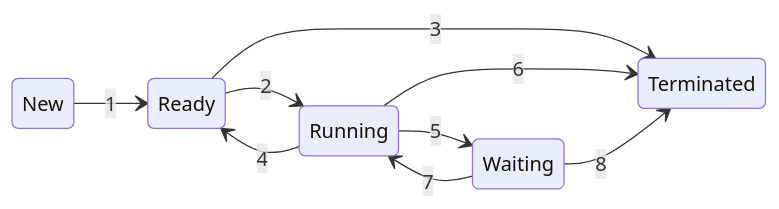
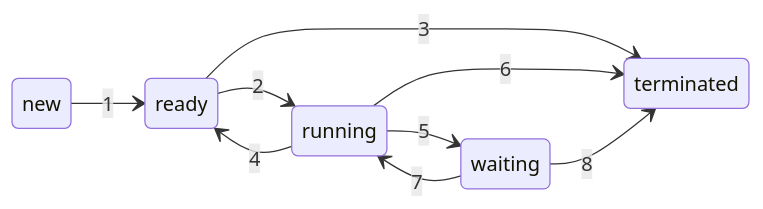
The diagram in content/Processi di un Sistema Operativo.md (Rexus752/digital-garden), drawn with Mermaid before and after one commit. The commit also changed other lines of this file and 1 other file, not shown here.

````diff
--- a/content/Processi di un Sistema Operativo.md
+++ b/content/Processi di un Sistema Operativo.md
@@ -282,12 +286,12 @@
 ```mermaid
 stateDiagram-v2
 	direction LR
-    New --> Ready: 1
-    Ready --> Running: 2
-    Ready --> Terminated: 3
-    Running --> Ready: 4
-    Running --> Waiting: 5
-    Running --> Terminated: 6
-    Waiting --> Running: 7
-    Waiting --> Terminated: 8
+    new --> ready: 1
+    ready --> running: 2
+    ready --> terminated: 3
+    running --> ready: 4
+    running --> waiting: 5
+    running --> terminated: 6
+    waiting --> running: 7
+    waiting --> terminated: 8
 ```
````
